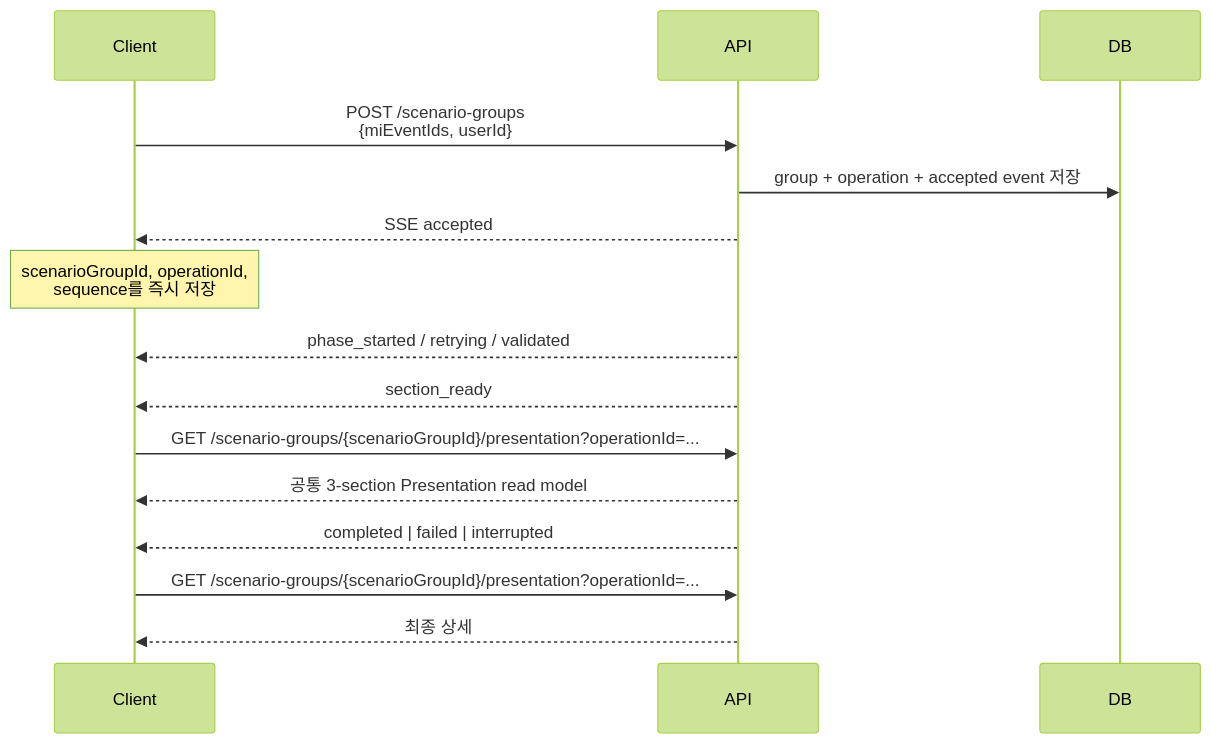
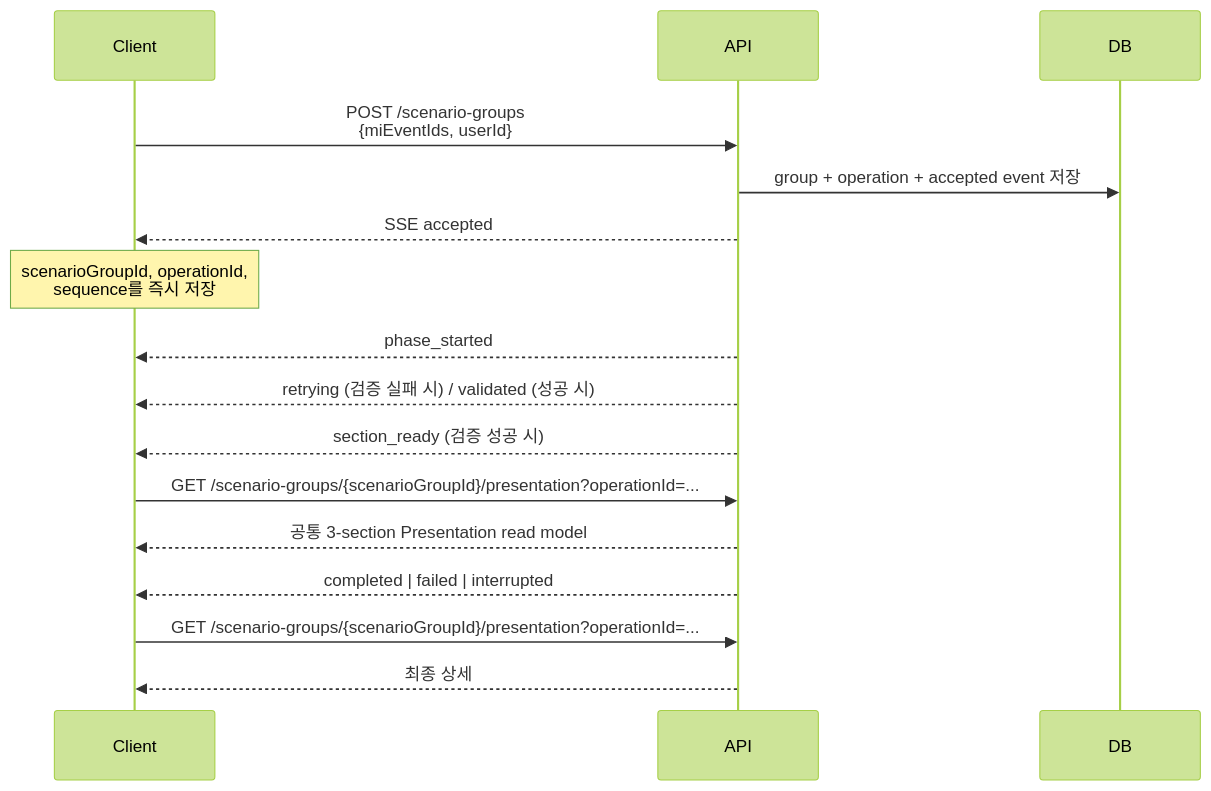
One commit to enkhbaatarL/skmip-mi-agent changed the diagram in docs/architectures/scenario_group_multi_event_api_request_response.md. Above: the diagram before and after it, drawn with Mermaid (forest theme). The commit also changed other lines of this file and 15 other files, not shown here.

````diff
--- a/docs/architectures/scenario_group_multi_event_api_request_response.md
+++ b/docs/architectures/scenario_group_multi_event_api_request_response.md
@@ -33,18 +33,19 @@
 ```mermaid
 sequenceDiagram
     participant Client
     participant API
     participant DB
 
     Client->>API: POST /scenario-groups<br/>{miEventIds, userId}
     API->>DB: group + operation + accepted event 저장
     API-->>Client: SSE accepted
     Note over Client: scenarioGroupId, operationId,<br/>sequence를 즉시 저장
-    API-->>Client: phase_started / retrying / validated
-    API-->>Client: section_ready
+    API-->>Client: phase_started
+    API-->>Client: retrying (검증 실패 시) / validated (성공 시)
+    API-->>Client: section_ready (검증 성공 시)
     Client->>API: GET /scenario-groups/{scenarioGroupId}/presentation?operationId=...
     API-->>Client: 공통 3-section Presentation read model
     API-->>Client: completed | failed | interrupted
     Client->>API: GET /scenario-groups/{scenarioGroupId}/presentation?operationId=...
     API-->>Client: 최종 상세
 ```
````
